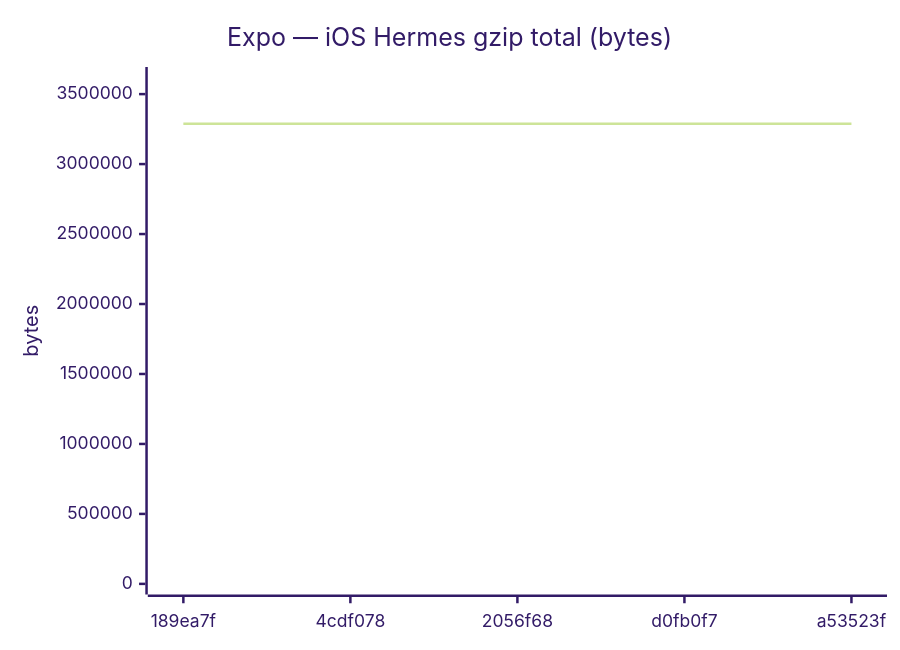
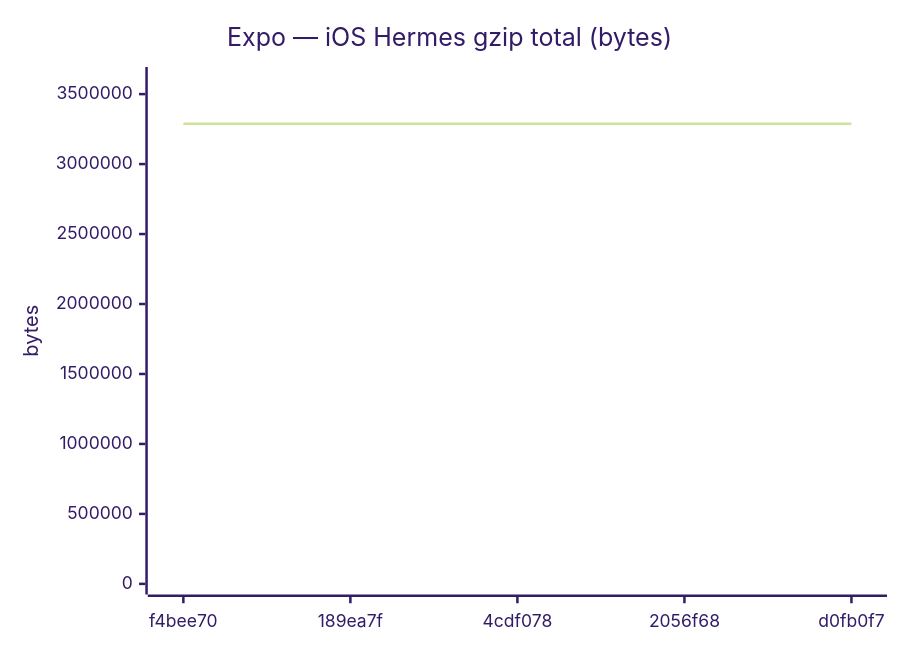
One commit to Metaheurist/Rianell changed diagram 12 of 18 in benchmarks/compare.md. Above: the diagram before and after it, drawn with Mermaid (forest theme). The commit also changed other lines of this file and 11 other files, not shown here.

````diff
--- a/benchmarks/compare.md
+++ b/benchmarks/compare.md
@@ -179,7 +179,7 @@
 ```mermaid
 xychart-beta
     title "Expo — iOS Hermes gzip total (bytes)"
-    x-axis ["189ea7f", "4cdf078", "2056f68", "d0fb0f7", "a53523f"]
+    x-axis ["f4bee70", "189ea7f", "4cdf078", "2056f68", "d0fb0f7"]
     y-axis "bytes" 0 --> 3617765
-    line [3288861, 3288877, 3288270, 3288272, 3288270]
+    line [3288399, 3288861, 3288877, 3288270, 3288272]
 ```
````
